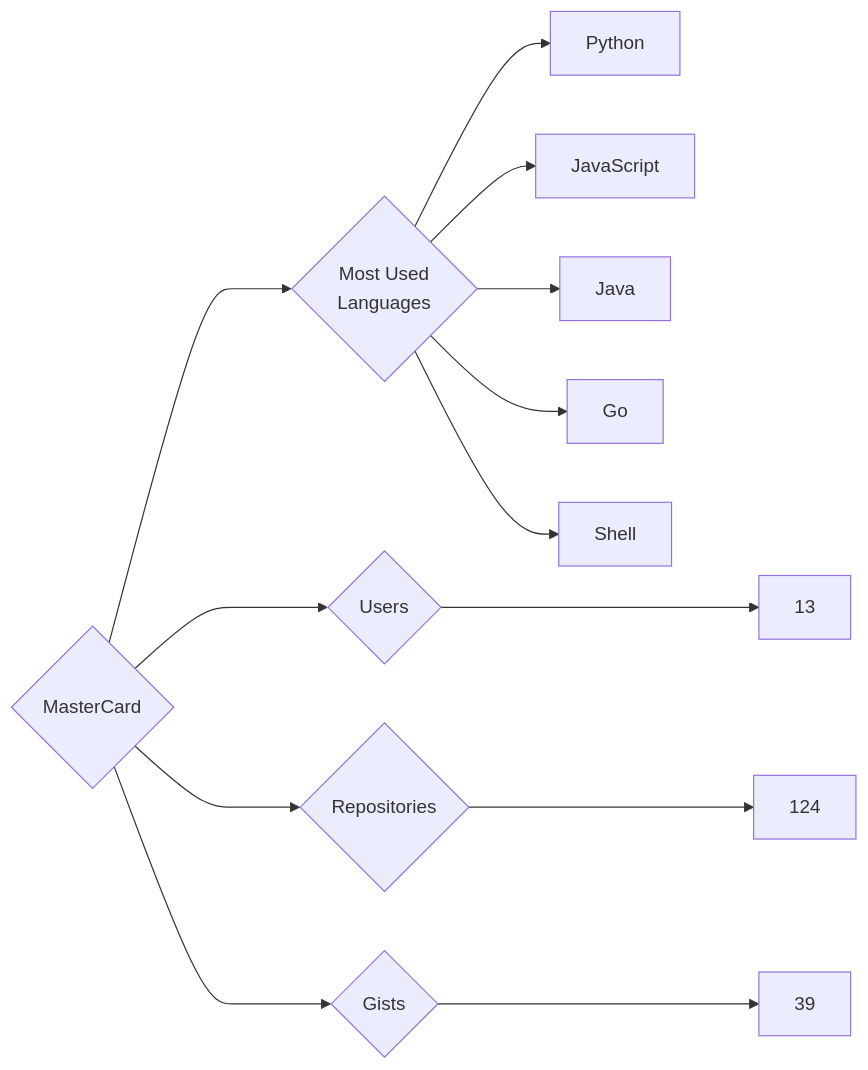
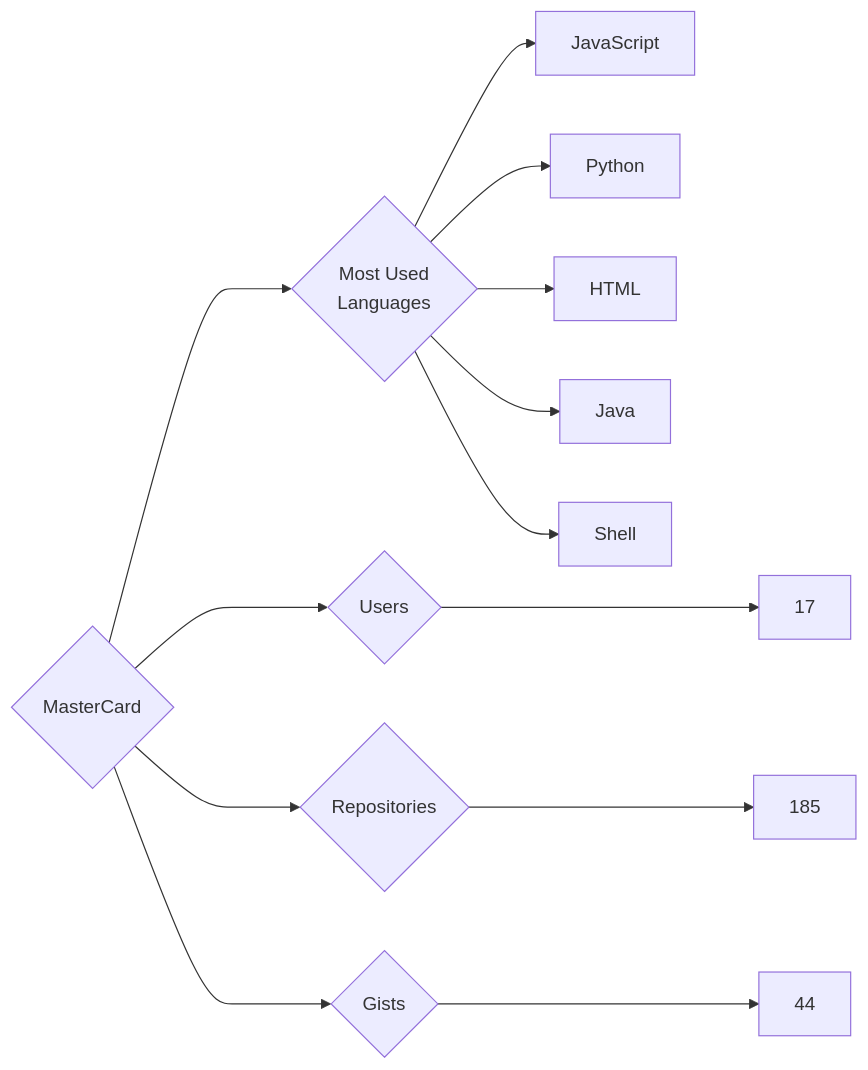
The diagram in targets/MasterCard/README.md (trickest/insiders), drawn with Mermaid before and after one commit. The commit also changed 1389 other files, not shown here.

````diff
--- a/targets/MasterCard/README.md
+++ b/targets/MasterCard/README.md
@@ -3,13 +3,13 @@
 ```mermaid
 graph LR
 COMPANY_NAME{MasterCard}
-COMPANY_NAME ---> U{Users} ---> UN[13]
-COMPANY_NAME ---> R{Repositories} ---> RN[124]
-COMPANY_NAME ---> G{Gists} ---> GN[39]
+COMPANY_NAME ---> U{Users} ---> UN[17]
+COMPANY_NAME ---> R{Repositories} ---> RN[185]
+COMPANY_NAME ---> G{Gists} ---> GN[44]
 COMPANY_NAME ---> ML{Most Used<br>Languages}
+ML --> JavaScript[JavaScript]
 ML --> Python[Python]
-ML --> JavaScript[JavaScript]
+ML --> HTML[HTML]
 ML --> Java[Java]
-ML --> Go[Go]
 ML --> Shell[Shell]
 ```
````
